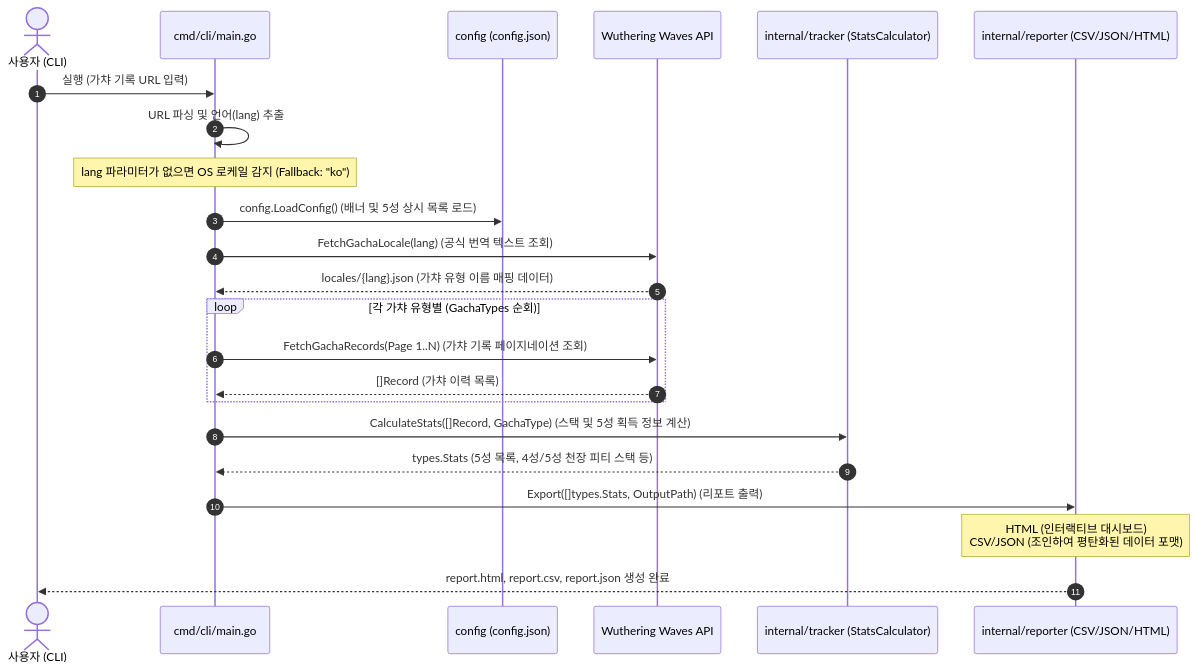
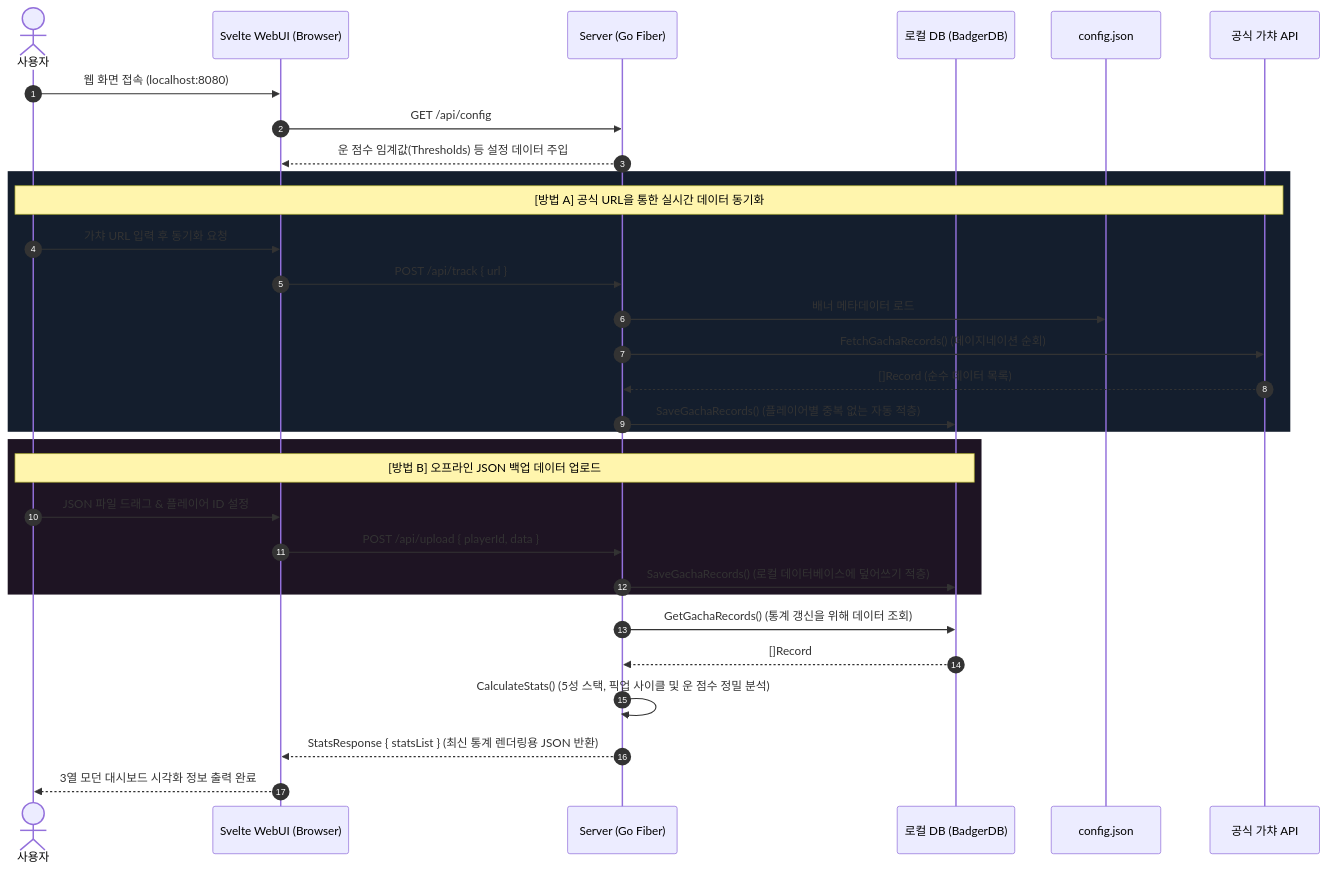
Before and after one commit to meteormin/wuwa-tracker: the diagram in README.md, drawn with Mermaid. The commit also changed other lines of this file, not shown here.

Commit message:
docs: update README.md to document WebUI server and Svelte dashboard

````diff
--- a/README.md
+++ b/README.md
@@ -123,30 +148,37 @@
 ```mermaid
 sequenceDiagram
     autonumber
-    actor User as 사용자 (CLI)
-    participant CLI as cmd/cli/main.go
-    participant Config as config (config.json)
-    participant API as Wuthering Waves API
-    participant Calc as internal/tracker (StatsCalculator)
-    participant Exp as internal/reporter (CSV/JSON/HTML)
+    actor User as 사용자
+    participant UI as Svelte WebUI (Browser)
+    participant Server as Server (Go Fiber)
+    participant DB as 로컬 DB (BadgerDB)
+    participant Config as config.json
+    participant API as 공식 가챠 API
 
-    User->>CLI: 실행 (가챠 기록 URL 입력)
-    CLI->>CLI: URL 파싱 및 언어(lang) 추출
-    Note over CLI: lang 파라미터가 없으면 OS 로케일 감지 (Fallback: "ko")
+    User->>UI: 웹 화면 접속 (localhost:8080)
+    UI->>Server: GET /api/config
+    Server-->>UI: 운 점수 임계값(Thresholds) 등 설정 데이터 주입
     
-    CLI->>Config: config.LoadConfig() (배너 및 5성 상시 목록 로드)
-    CLI->>API: FetchGachaLocale(lang) (공식 번역 텍스트 조회)
-    API-->>CLI: locales/{lang}.json (가챠 유형 이름 매핑 데이터)
-    
-    loop 각 가챠 유형별 (GachaTypes 순회)
-        CLI->>API: FetchGachaRecords(Page 1..N) (가챠 기록 페이지네이션 조회)
-        API-->>CLI: []Record (가챠 이력 목록)
+    rect rgb(20, 30, 45)
+        Note over User, API: [방법 A] 공식 URL을 통한 실시간 데이터 동기화
+        User->>UI: 가챠 URL 입력 후 동기화 요청
+        UI->>Server: POST /api/track { url }
+        Server->>Config: 배너 메타데이터 로드
+        Server->>API: FetchGachaRecords() (페이지네이션 순회)
+        API-->>Server: []Record (순수 데이터 목록)
+        Server->>DB: SaveGachaRecords() (플레이어별 중복 없는 자동 적층)
     end
-    
-    CLI->>Calc: CalculateStats([]Record, GachaType) (스택 및 5성 획득 정보 계산)
-    Calc-->>CLI: types.Stats (5성 목록, 4성/5성 천장 피티 스택 등)
-    
-    CLI->>Exp: Export([]types.Stats, OutputPath) (리포트 출력)
-    Note over Exp: HTML (인터랙티브 대시보드)<br/>CSV/JSON (조인하여 평탄화된 데이터 포맷)
-    Exp-->>User: report.html, report.csv, report.json 생성 완료
+
+    rect rgb(30, 20, 35)
+        Note over User, DB: [방법 B] 오프라인 JSON 백업 데이터 업로드
+        User->>UI: JSON 파일 드래그 & 플레이어 ID 설정
+        UI->>Server: POST /api/upload { playerId, data }
+        Server->>DB: SaveGachaRecords() (로컬 데이터베이스에 덮어쓰기 적층)
+    end
+
+    Server->>DB: GetGachaRecords() (통계 갱신을 위해 데이터 조회)
+    DB-->>Server: []Record
+    Server->>Server: CalculateStats() (5성 스택, 픽업 사이클 및 운 점수 정밀 분석)
+    Server-->>UI: StatsResponse { statsList } (최신 통계 렌더링용 JSON 반환)
+    UI-->>User: 3열 모던 대시보드 시각화 정보 출력 완료
 ```
````
